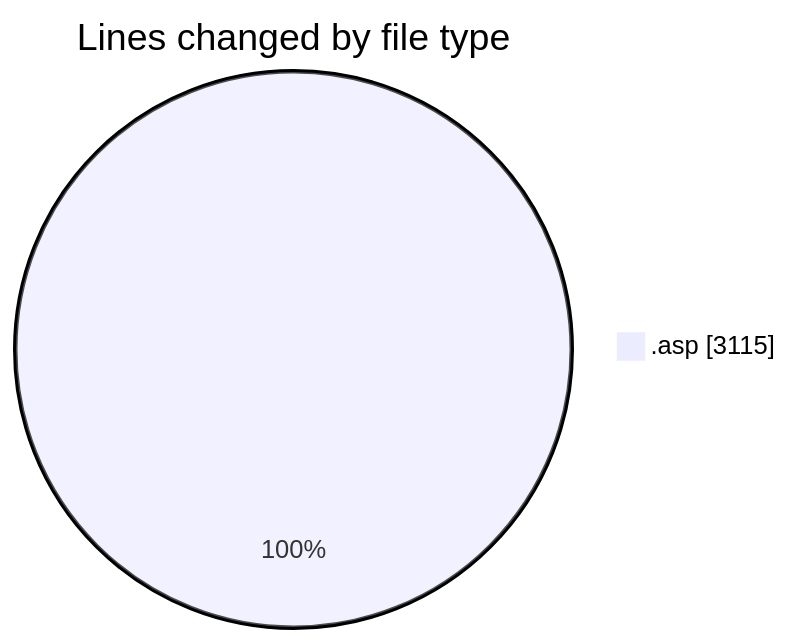
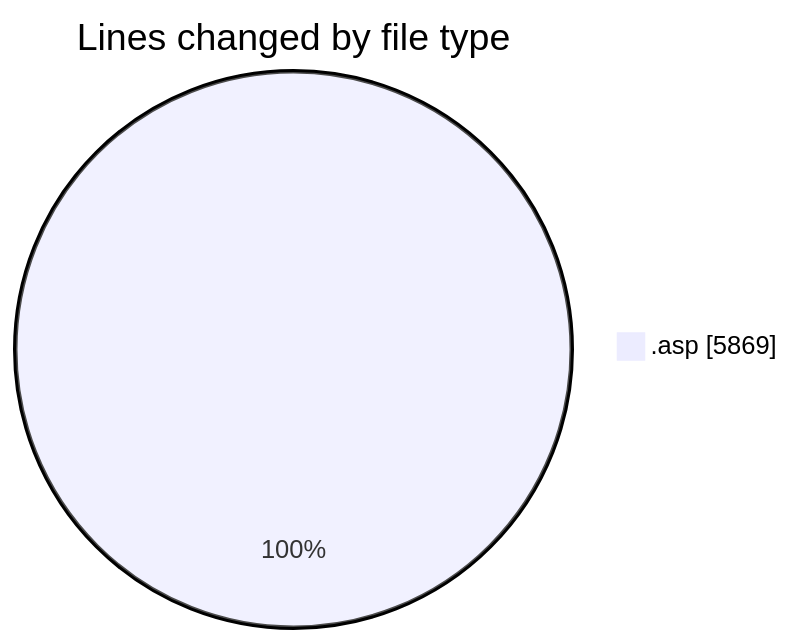
The first of 2 diagrams in 2025-11-01/cdp_aleoudev_fr__workspace_/README.md (julien-gomy/code-tracking), drawn with Mermaid before and after one commit. The commit also changed other lines of this file and 1 other file, not shown here.

````diff
--- a/2025-11-01/cdp_aleoudev_fr__workspace_/README.md
+++ b/2025-11-01/cdp_aleoudev_fr__workspace_/README.md
@@ -24,5 +24,5 @@
 ```mermaid
 pie showData
 title Lines changed by file type
-".asp" : 3115
+".asp" : 5869
 ```
````
